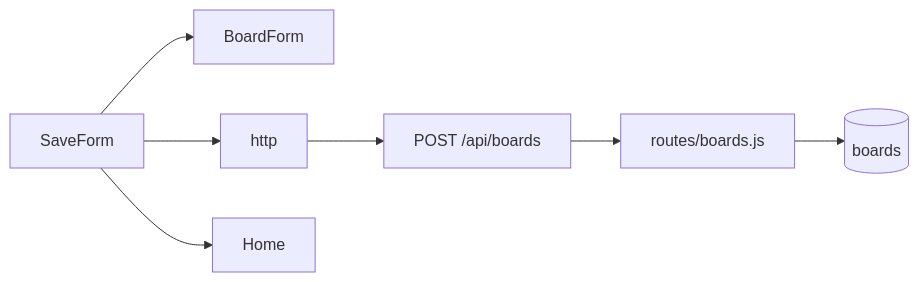
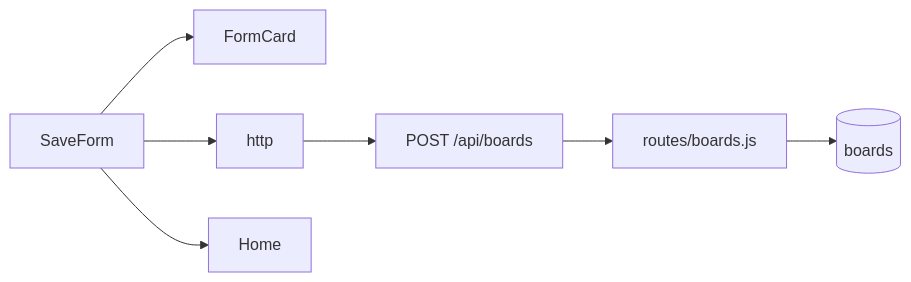
Before and after one commit to metakit-sorucecode/react-blog: the seventh of 8 diagrams in .projectcode/wiki/scenarios.md, drawn with Mermaid. The commit also changed other lines of this file and 2 other files, not shown here.

````diff
--- a/.projectcode/wiki/scenarios.md
+++ b/.projectcode/wiki/scenarios.md
@@ -136,9 +136,9 @@
 ```mermaid
 flowchart LR
-  A[SaveForm] --> B[BoardForm]
+  A[SaveForm] --> B[FormCard]
   A --> C[http]
   C --> D["POST /api/boards"]
   D --> E[routes/boards.js]
   E --> F[(boards)]
   A --> G[Home]
 ```
````
